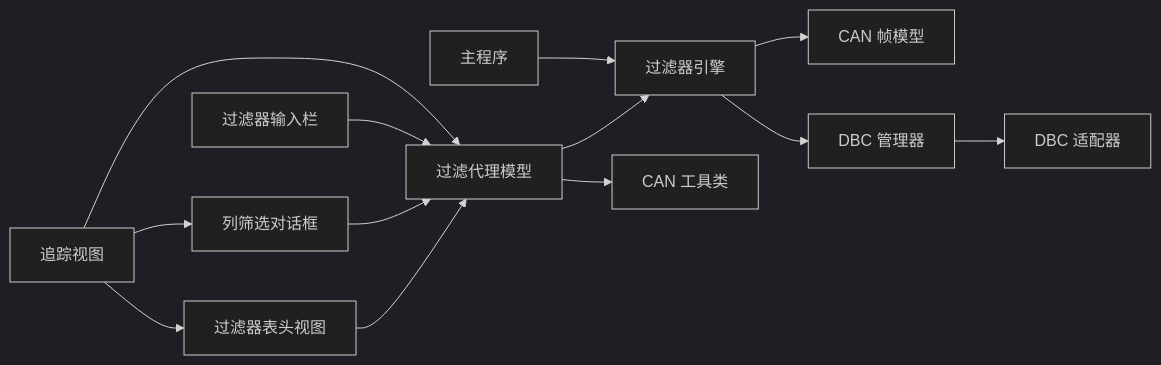
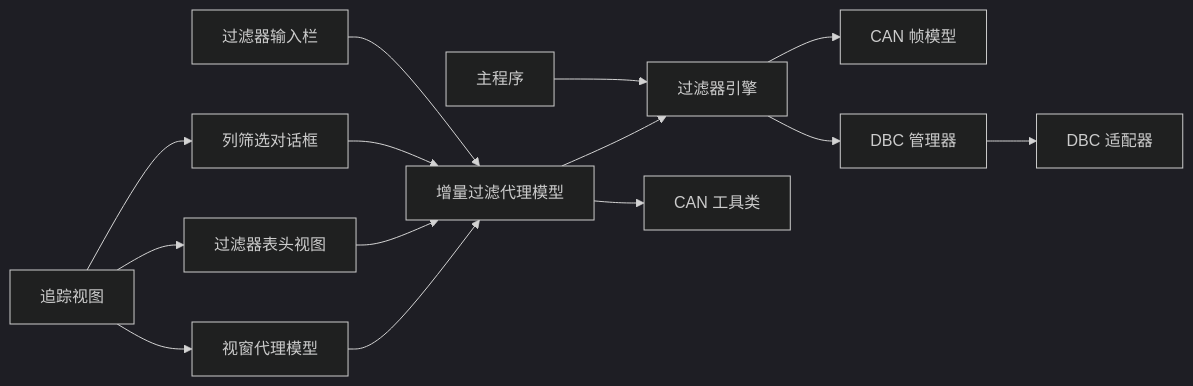
Before and after one commit to jakecai1225-design/OpenBus: the fourth of 4 diagrams in .qoder/repowiki/zh/content/核心模块详解/过滤器引擎/过滤器引擎.md, drawn with Mermaid (dark theme). The commit also changed other lines of this file and 22 other files, not shown here.

Commit message:
trace graphic

````diff
--- a/.qoder/repowiki/zh/content/核心模块详解/过滤器引擎/过滤器引擎.md
+++ b/.qoder/repowiki/zh/content/核心模块详解/过滤器引擎/过滤器引擎.md
@@ -429,15 +480,16 @@
 ```mermaid
 graph LR
 FE["过滤器引擎"] --> CF["CAN 帧模型"]
 FE --> DM["DBC 管理器"]
 DM --> DA["DBC 适配器"]
-CPM["过滤代理模型"] --> FE
-CPM --> CU["CAN 工具类"]
-FHV["过滤器表头视图"] --> CPM
-CFP["列筛选对话框"] --> CPM
-FB["过滤器输入栏"] --> CPM
+CTPM["增量过滤代理模型"] --> FE
+CTPM --> CU["CAN 工具类"]
+VPM["视窗代理模型"] --> CTPM
+FHV["过滤器表头视图"] --> CTPM
+CFP["列筛选对话框"] --> CTPM
+FB["过滤器输入栏"] --> CTPM
 TV["追踪视图"] --> FHV
 TV --> CFP
-TV --> CPM
+TV --> VPM
 MAIN["主程序"] --> FE
 ```
````
